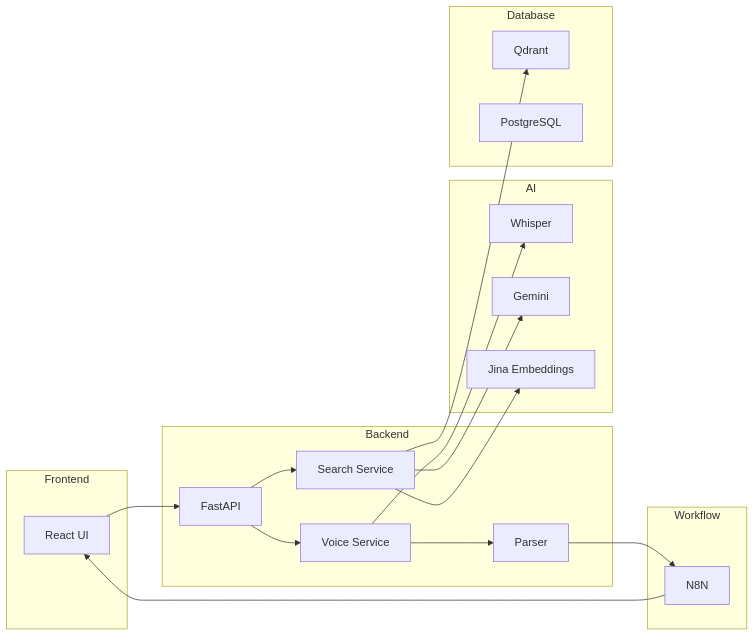
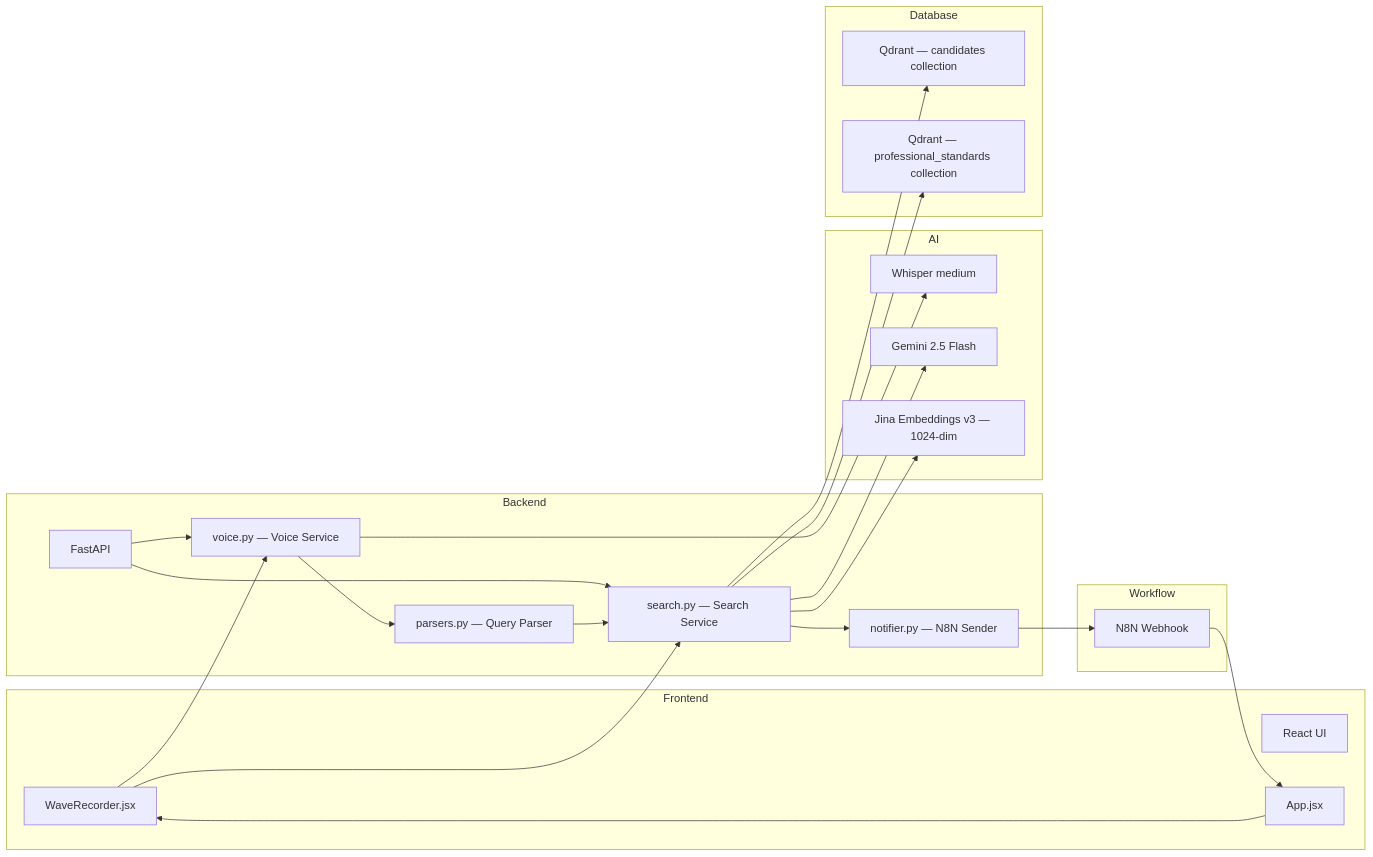
Before and after one commit to nngo23/Implementing-IoT-Pipeline: the second of 3 diagrams in Candidate_Search_System/docs/ARCHITECTURE.md, drawn with Mermaid. The commit also changed other lines of this file and 22 other files, not shown here.

Commit message:
Update voice/search pipeline and UI fixes

````diff
--- a/Candidate_Search_System/docs/ARCHITECTURE.md
+++ b/Candidate_Search_System/docs/ARCHITECTURE.md
@@ -44,43 +49,51 @@
 ```mermaid
 flowchart LR
 subgraph Frontend
-A1[React UI]
+    A1[React UI]
+    A2[WaveRecorder.jsx]
+    A3[App.jsx]
 end
 
-    subgraph Backend
-        B1[FastAPI]
-        B2[Voice Service]
-        B3[Search Service]
-        B4[Parser]
-    end
+subgraph Backend
+    B1[FastAPI]
+    B2[voice.py — Voice Service]
+    B3[search.py — Search Service]
+    B4[parsers.py — Query Parser]
+    B5[notifier.py — N8N Sender]
+end
 
-    subgraph AI
-        C1[Whisper]
-        C2[Gemini]
-        C3[Jina Embeddings]
-    end
+subgraph AI
+    C1[Whisper medium]
+    C2[Gemini 2.5 Flash]
+    C3[Jina Embeddings v3 — 1024-dim]
+end
 
-    subgraph Database
-        D1[Qdrant]
-        D2[PostgreSQL]
-    end
+subgraph Database
+    D1[Qdrant — candidates collection]
+    D2[Qdrant — professional_standards collection]
+end
 
-    subgraph Workflow
-        E1[N8N]
-    end
+subgraph Workflow
+    E1[N8N Webhook]
+end
 
-    A1 --> B1
-    B1 --> B2
-    B1 --> B3
+A2 --> B2
+A2 --> B3
+A3 --> A2
 
-    B2 --> C1
-    B3 --> C3
+B1 --> B2
+B1 --> B3
 
-    B3 --> D1
-    B3 --> C2
+B2 --> C1
+B2 --> B4
+B4 --> B3
 
-    B2 --> B4
-    B4 --> E1
+B3 --> C3
+B3 --> D1
+B3 --> D2
+B3 --> C2
+B3 --> B5
 
-    E1 --> A1
+B5 --> E1
+E1 --> A3
 ```
````
